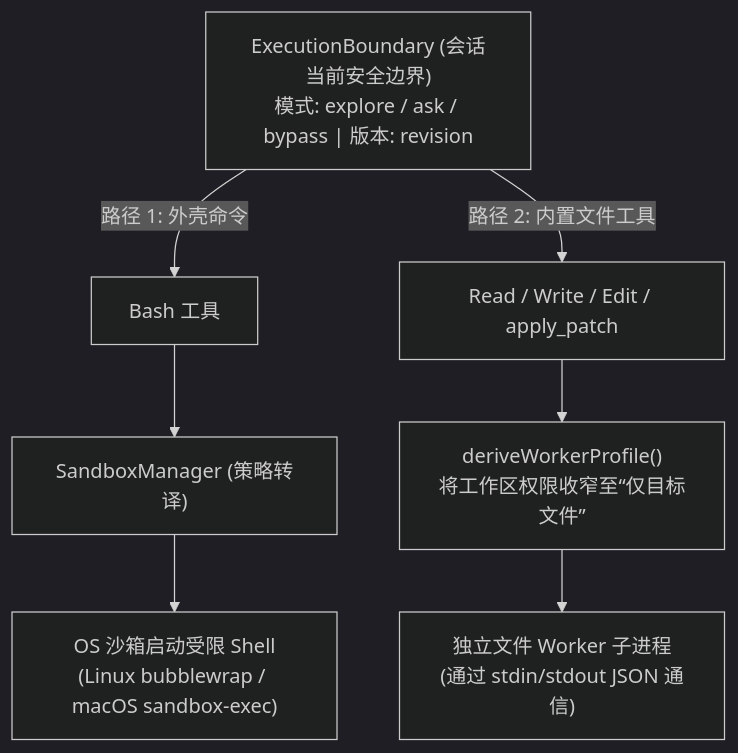
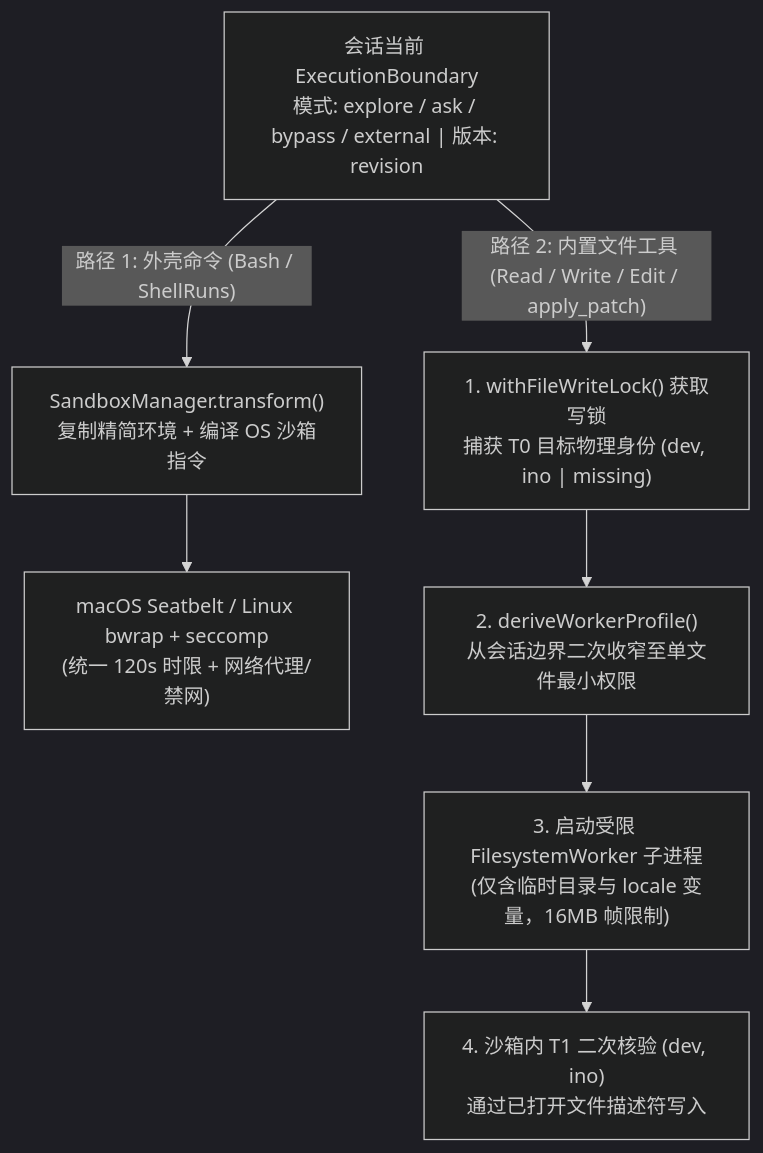
Before and after one commit to suger-m/agent-infrastructure-docs: the diagram in maka-agent-infra/03-tools/sandbox.md, drawn with Mermaid (dark theme). The commit also changed other lines of this file and 31 other files, not shown here.

````diff
--- a/maka-agent-infra/03-tools/sandbox.md
+++ b/maka-agent-infra/03-tools/sandbox.md
@@ -19,12 +19,12 @@
 ```mermaid
 flowchart TD
-    Boundary["ExecutionBoundary (会话当前安全边界)<br/>模式: explore / ask / bypass | 版本: revision"]
+    Boundary["会话当前 ExecutionBoundary<br/>模式: explore / ask / bypass / external | 版本: revision"]
     
-    Boundary -->|"路径 1: 外壳命令"| Bash["Bash 工具"]
-    Bash --> SandboxMgr["SandboxManager (策略转译)"]
-    SandboxMgr --> OS_Cmd["OS 沙箱启动受限 Shell<br/>(Linux bubblewrap / macOS sandbox-exec)"]
+    Boundary -->|"路径 1: 外壳命令 (Bash / ShellRuns)"| CmdTransform["SandboxManager.transform()<br/>复制精简环境 + 编译 OS 沙箱指令"]
+    CmdTransform --> OS_Cmd["macOS Seatbelt / Linux bwrap + seccomp<br/>(统一 120s 时限 + 网络代理/禁网)"]
     
-    Boundary -->|"路径 2: 内置文件工具"| FS["Read / Write / Edit / apply_patch"]
-    FS --> Derive["deriveWorkerProfile()<br/>将工作区权限收窄至“仅目标文件”"]
-    Derive --> Worker["独立文件 Worker 子进程<br/>(通过 stdin/stdout JSON 通信)"]
+    Boundary -->|"路径 2: 内置文件工具 (Read / Write / Edit / apply_patch)"| WriteLock["1. withFileWriteLock() 获取写锁<br/>捕获 T0 目标物理身份 (dev, ino | missing)"]
+    WriteLock --> Derive["2. deriveWorkerProfile()<br/>从会话边界二次收窄至单文件最小权限"]
+    Derive --> WorkerProc["3. 启动受限 FilesystemWorker 子进程<br/>(仅含临时目录与 locale 变量，16MB 帧限制)"]
+    WorkerProc --> CAS["4. 沙箱内 T1 二次核验 (dev, ino)<br/>通过已打开文件描述符写入"]
 ```
````
